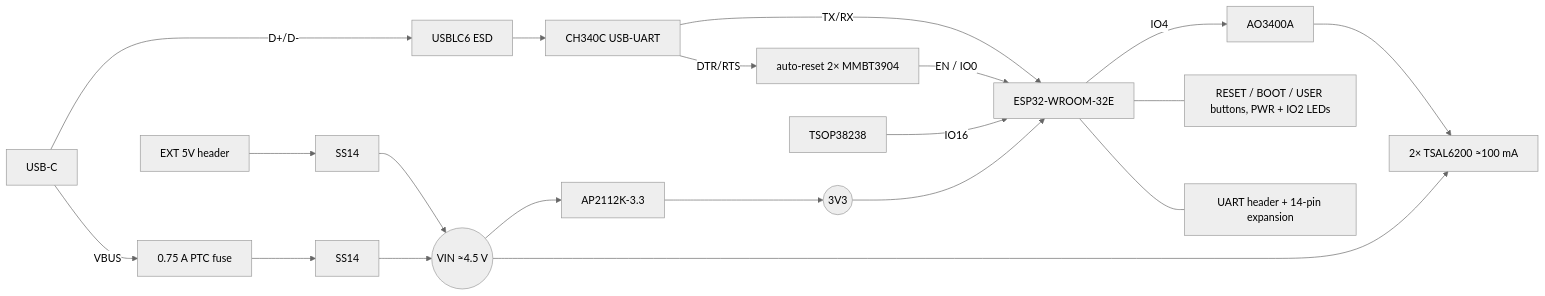
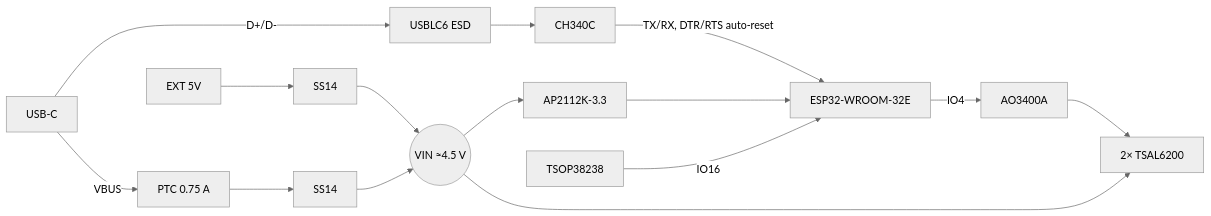
The diagram in README.md (abhiramgcos/Esp_ir_board), drawn with Mermaid (neutral theme) before and after one commit. The commit also changed other lines of this file and 5 other files, not shown here.

````diff
--- a/README.md
+++ b/README.md
@@ -74,17 +80,13 @@
 ```mermaid
 flowchart LR
-  USB[USB-C] -->|D+/D-| ESD[USBLC6 ESD] --> CH[CH340C USB-UART]
-  USB -->|VBUS| F[0.75 A PTC fuse] --> D1[SS14]
-  EXT[EXT 5V header] --> D2[SS14]
+  USB[USB-C] -->|D+/D-| ESD[USBLC6 ESD] --> CH[CH340C]
+  USB -->|VBUS| F[PTC 0.75 A] --> D1[SS14]
+  EXT[EXT 5V] --> D2[SS14]
   D1 --> VIN((VIN ≈4.5 V))
   D2 --> VIN
-  VIN --> LDO[AP2112K-3.3] --> V33((3V3))
-  V33 --> ESP[ESP32-WROOM-32E]
-  CH -->|TX/RX| ESP
-  CH -->|DTR/RTS| AR[auto-reset 2× MMBT3904] -->|EN / IO0| ESP
-  ESP -->|IO4| Q[AO3400A] --> IR[2× TSAL6200 ≈100 mA]
+  VIN --> LDO[AP2112K-3.3] --> ESP[ESP32-WROOM-32E]
+  CH -->|TX/RX, DTR/RTS auto-reset| ESP
+  ESP -->|IO4| Q[AO3400A] --> IR[2× TSAL6200]
   VIN --> IR
   RX[TSOP38238] -->|IO16| ESP
-  ESP --- UI[RESET / BOOT / USER buttons, PWR + IO2 LEDs]
-  ESP --- HDR[UART header + 14-pin expansion]
 ```
````
